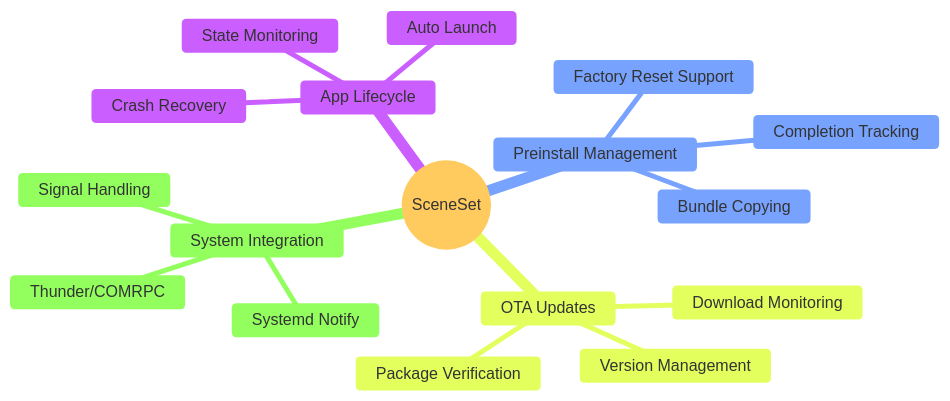
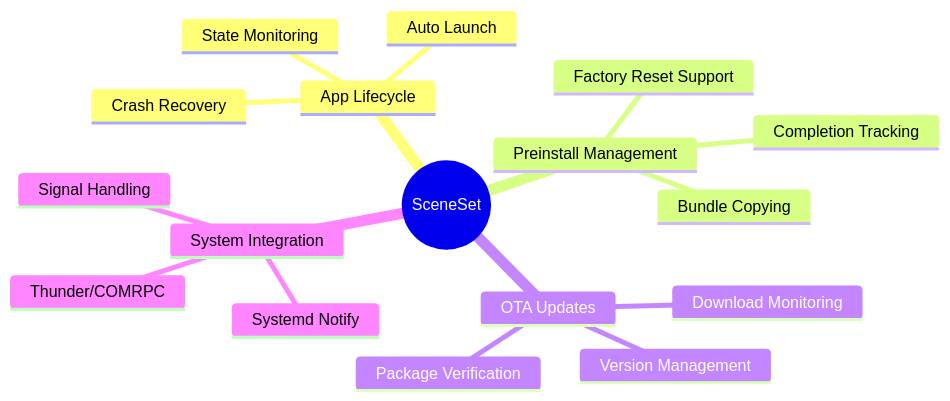
Before and after one commit to gourivarma3/sceneset: the first of 2 diagrams in README.md, drawn with Mermaid. The commit also changed other lines of this file, not shown here.

````diff
--- a/README.md
+++ b/README.md
@@ -13,21 +28,20 @@
 ```mermaid
-%%{init: {"theme": "base", "themeVariables": {"nodeBorder": "#75D701", "mainBkg": "#F1FFE6"}}}%%
 mindmap
   root((SceneSet))
     App Lifecycle
       Auto Launch
       Crash Recovery
       State Monitoring
     Preinstall Management
       Factory Reset Support
       Bundle Copying
       Completion Tracking
     OTA Updates
       Download Monitoring
       Package Verification
       Version Management
     System Integration
       Thunder/COMRPC
       Systemd Notify
       Signal Handling
 ```
````
